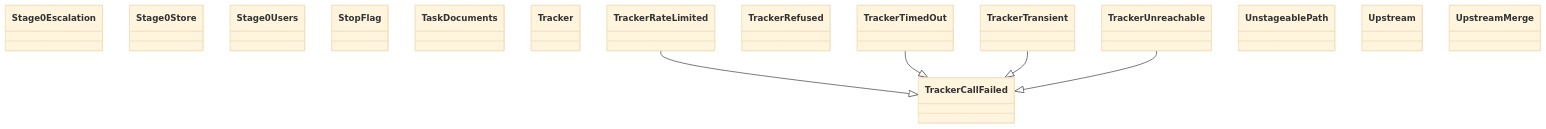
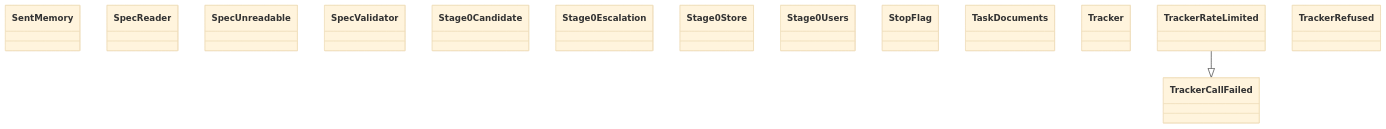
Before and after one commit to GonzaloZevallos/agentic-system: the diagram in docs/architecture/generated/classes-process-application-support-6.md, drawn with Mermaid (base theme). The commit also changed other lines of this file and 24 other files, not shown here.

````diff
--- a/docs/architecture/generated/classes-process-application-support-6.md
+++ b/docs/architecture/generated/classes-process-application-support-6.md
@@ -19,22 +20,18 @@
 ```mermaid
 classDiagram
+    class ports__SentMemory["SentMemory"]
+    class ports__SpecReader["SpecReader"]
+    class ports__SpecUnreadable["SpecUnreadable"]
+    class ports__SpecValidator["SpecValidator"]
+    class ports__Stage0Candidate["Stage0Candidate"]
     class ports__Stage0Escalation["Stage0Escalation"]
     class ports__Stage0Store["Stage0Store"]
     class ports__Stage0Users["Stage0Users"]
     class ports__StopFlag["StopFlag"]
     class ports__TaskDocuments["TaskDocuments"]
     class ports__Tracker["Tracker"]
     class ports__TrackerCallFailed["TrackerCallFailed"]
     class ports__TrackerRateLimited["TrackerRateLimited"]
     class ports__TrackerRefused["TrackerRefused"]
-    class ports__TrackerTimedOut["TrackerTimedOut"]
-    class ports__TrackerTransient["TrackerTransient"]
-    class ports__TrackerUnreachable["TrackerUnreachable"]
-    class ports__UnstageablePath["UnstageablePath"]
-    class ports__Upstream["Upstream"]
-    class ports__UpstreamMerge["UpstreamMerge"]
     ports__TrackerRateLimited --|> ports__TrackerCallFailed
-    ports__TrackerTimedOut --|> ports__TrackerCallFailed
-    ports__TrackerTransient --|> ports__TrackerCallFailed
-    ports__TrackerUnreachable --|> ports__TrackerCallFailed
 ```
````
